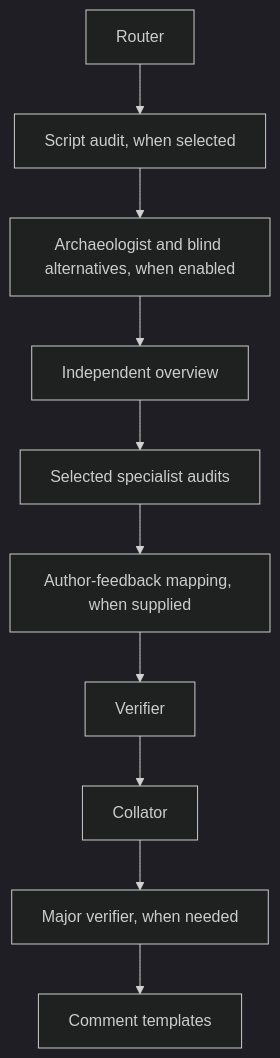
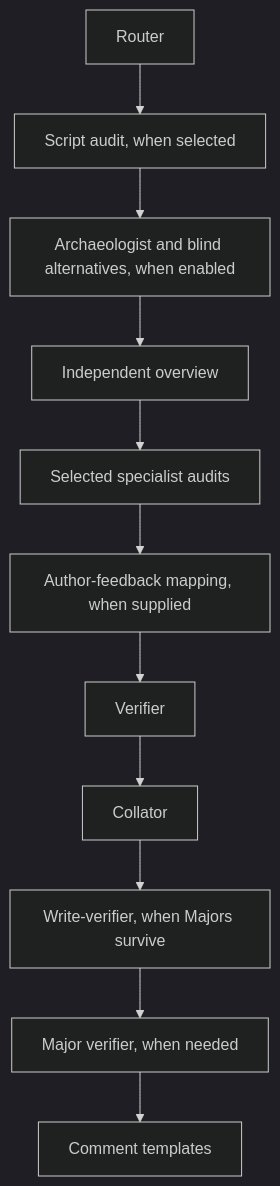
The diagram in pkgs/ralph/agents/README.md (willcl-ark/nix), drawn with Mermaid (dark theme) before and after one commit. The commit also changed other lines of this file and 11 other files, not shown here.

First line of the commit message:
Investigate Major findings with a write-verifier

````diff
--- a/pkgs/ralph/agents/README.md
+++ b/pkgs/ralph/agents/README.md
@@ -7,12 +7,13 @@
 ```mermaid
 flowchart TD
     router[Router] --> script[Script audit, when selected]
     script --> history[Archaeologist and blind alternatives, when enabled]
     history --> independent[Independent overview]
     independent --> audits[Selected specialist audits]
     audits --> feedback[Author-feedback mapping, when supplied]
     feedback --> verifier[Verifier]
     verifier --> collator[Collator]
-    collator --> major[Major verifier, when needed]
+    collator --> write[Write-verifier, when Majors survive]
+    write --> major[Major verifier, when needed]
     major --> comment[Comment templates]
 ```
````
